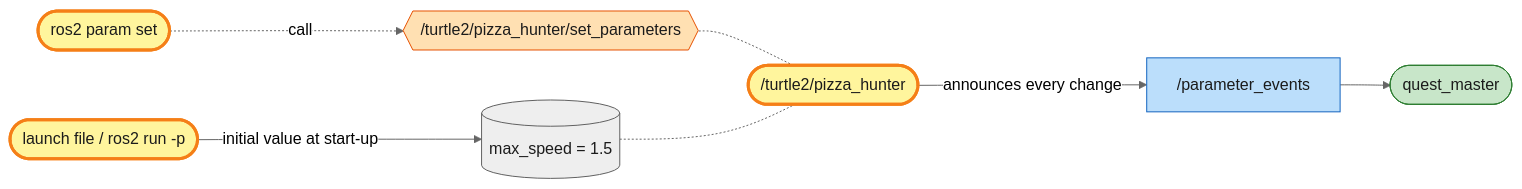
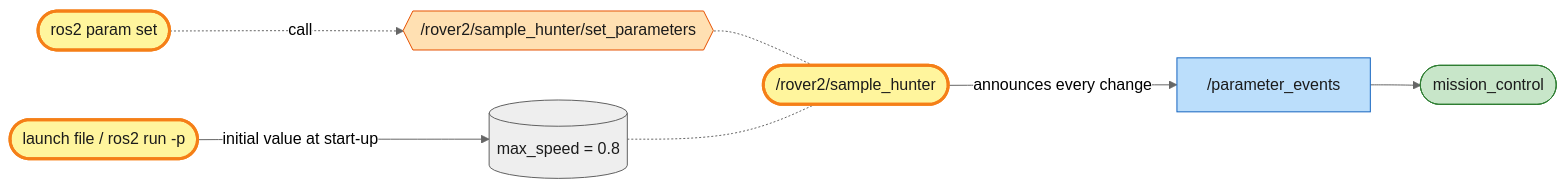
The sixth of 14 diagrams in ARCHITECTURE.md (kittinook/ros2_tutorial), drawn with Mermaid (neutral theme) before and after one commit. The commit also changed other lines of this file and 183 other files, not shown here.

First line of the commit message:
Replace Turtle Quest with Mars Rover Academy

````diff
--- a/ARCHITECTURE.md
+++ b/ARCHITECTURE.md
@@ -142,13 +143,13 @@
 ```mermaid
 flowchart LR
     classDef ros fill:#c8e6c9,stroke:#2e7d32,color:#1b1b1b
     classDef mine fill:#fff59d,stroke:#f57f17,stroke-width:3px,color:#1b1b1b
     classDef topic fill:#bbdefb,stroke:#1565c0,color:#1b1b1b
     classDef srv fill:#ffe0b2,stroke:#e65100,color:#1b1b1b
     classDef param fill:#eeeeee,stroke:#616161,color:#1b1b1b
 
-    L(["launch file / ros2 run -p"]):::mine -- "initial value at start-up" --> K[("max_speed = 1.5")]:::param
-    CLI(["ros2 param set"]):::mine -. call .-> SET{{"/turtle2/pizza_hunter/set_parameters"}}:::srv -.- N
-    K -.- N(["/turtle2/pizza_hunter"]):::mine
-    N -- "announces every change" --> EV["/parameter_events"]:::topic --> QM(["quest_master"]):::ros
+    L(["launch file / ros2 run -p"]):::mine -- "initial value at start-up" --> K[("max_speed = 0.8")]:::param
+    CLI(["ros2 param set"]):::mine -. call .-> SET{{"/rover2/sample_hunter/set_parameters"}}:::srv -.- N
+    K -.- N(["/rover2/sample_hunter"]):::mine
+    N -- "announces every change" --> EV["/parameter_events"]:::topic --> MC(["mission_control"]):::ros
 ```
````
